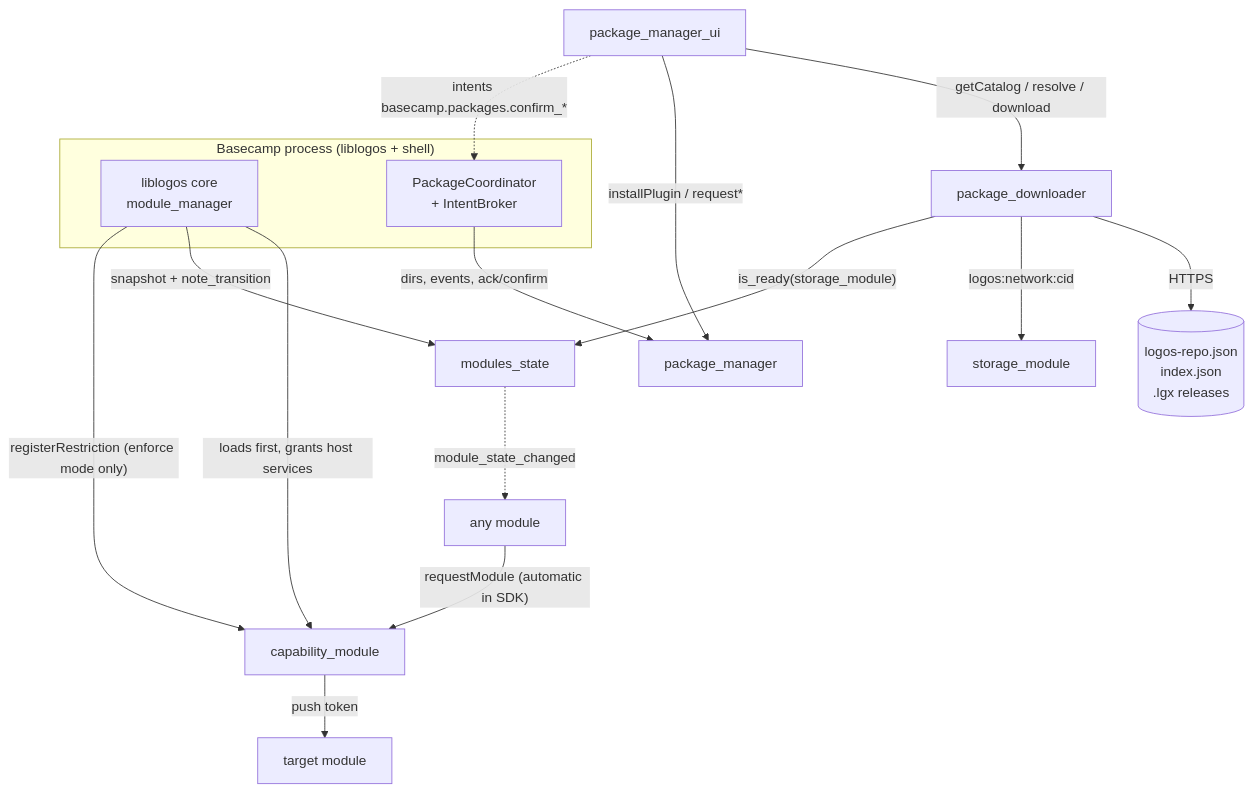
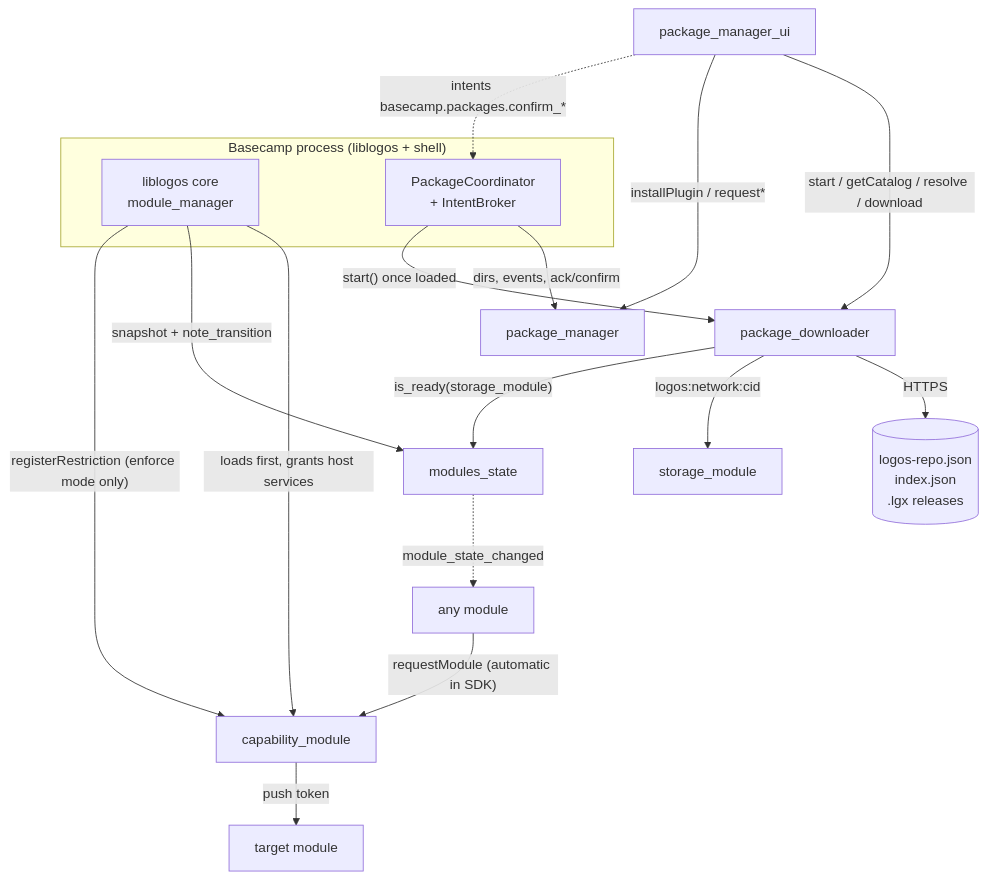
The diagram in stacks/platform.md (corpetty/logos-module-atlas), drawn with Mermaid before and after one commit. The commit also changed other lines of this file and 9 other files, not shown here.

````diff
--- a/stacks/platform.md
+++ b/stacks/platform.md
@@ -55,20 +58,21 @@
 ```mermaid
 flowchart TB
   subgraph Host["Basecamp process (liblogos + shell)"]
     CORE["liblogos core<br/>module_manager"]
     SHELL["PackageCoordinator<br/>+ IntentBroker"]
   end
   CORE -->|"loads first, grants host services"| CAP["capability_module"]
   CORE -->|"snapshot + note_transition"| MS["modules_state"]
   CORE -->|"registerRestriction (enforce mode only)"| CAP
   ANY["any module"] -->|"requestModule (automatic in SDK)"| CAP
   CAP -->|"push token"| TGT["target module"]
-  PMU["package_manager_ui"] -->|"getCatalog / resolve / download"| PD["package_downloader"]
+  PMU["package_manager_ui"] -->|"start / getCatalog / resolve / download"| PD["package_downloader"]
   PMU -->|"installPlugin / request*"| PM["package_manager"]
   PMU -.->|"intents basecamp.packages.confirm_*"| SHELL
   SHELL -->|"dirs, events, ack/confirm"| PM
+  SHELL -->|"start() once loaded"| PD
   PD -->|"HTTPS"| GH[("logos-repo.json<br/>index.json<br/>.lgx releases")]
   PD -->|"logos:network:cid"| ST["storage_module"]
   PD -->|"is_ready(storage_module)"| MS
   MS -.->|"module_state_changed"| ANY
 ```
````
